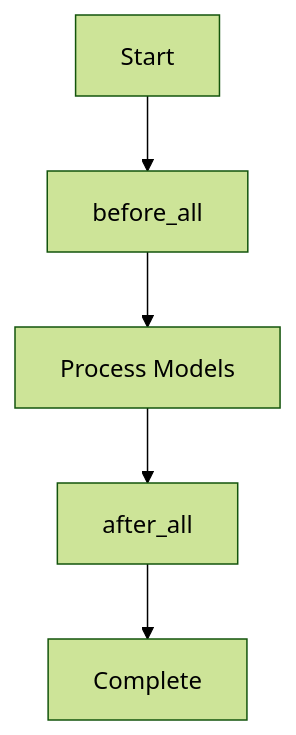
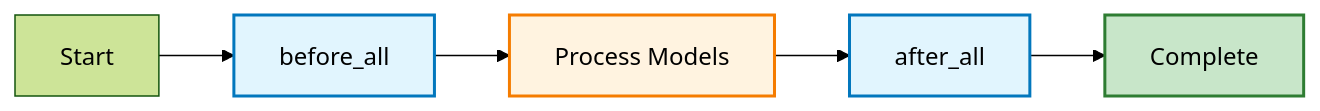
One commit to tmdc-io/vulcan-book changed the diagram in docs/configurations/options/execution_hooks.md. Above: the diagram before and after it, drawn with Mermaid (forest theme). The commit also changed other lines of this file and 50 other files, not shown here.

Commit message:
new writing style, new about mermaid diagram, emoji delete, em dashes replaced, impacted folders are config components guides and references

````diff
--- a/docs/configurations/options/execution_hooks.md
+++ b/docs/configurations/options/execution_hooks.md
@@ -308,7 +313,12 @@
 ```mermaid
-graph TD
+graph LR
     A[Start] --> B[before_all]
     B --> C[Process Models]
     C --> D[after_all]
     D --> E[Complete]
+    
+    style B fill:#e1f5fe,stroke:#0277bd,stroke-width:2px
+    style C fill:#fff3e0,stroke:#f57c00,stroke-width:2px
+    style D fill:#e1f5fe,stroke:#0277bd,stroke-width:2px
+    style E fill:#c8e6c9,stroke:#2e7d32,stroke-width:2px
 ```
````
